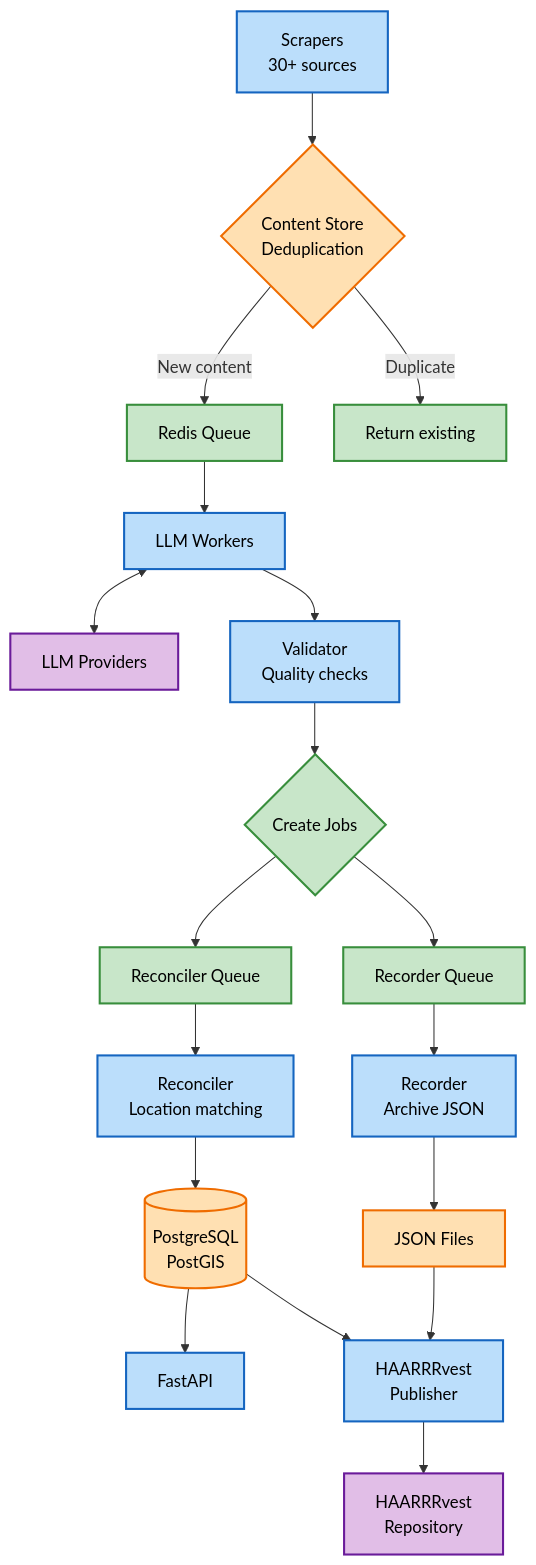
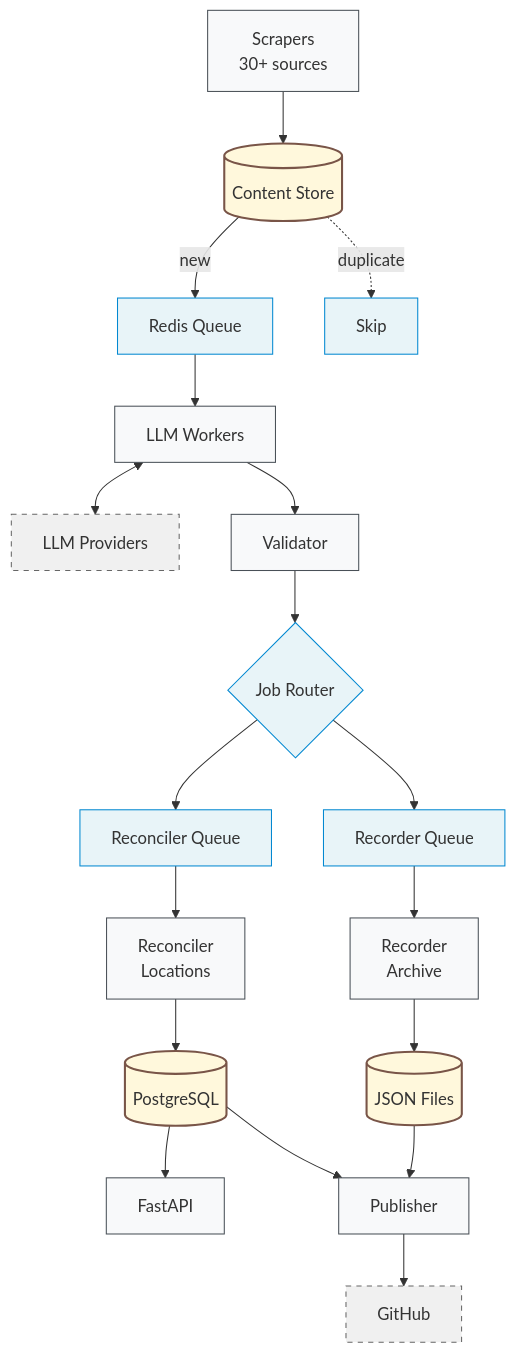
Before and after one commit to For-The-Greater-Good/pantry-pirate-radio: the diagram in README.md, drawn with Mermaid. The commit also changed other lines of this file, not shown here.

Commit message:
docs: add comprehensive validation pipeline documentation to README
- Added Data Validation Pipeline section with detailed feature descriptions
- Updated environment variable documentation with all validator configs
- Fixed incorrect default values (ENRICHMENT_CACHE_TTL, VALIDATION_REJECTION_THRESHOLD)
- Added missing enrichment and validation rule configuration variables
- Addresses PR #372 review recommendation for documentation improvements

````diff
--- a/README.md
+++ b/README.md
@@ -145,47 +145,46 @@
 ```mermaid
 flowchart TB
     %% Data Collection
     Scrapers[Scrapers<br/>30+ sources]
-    ContentStore{Content Store<br/>Deduplication}
-
+    ContentStore[(Content Store)]
+    
     Scrapers --> ContentStore
-    ContentStore -->|New content| Queue[Redis Queue]
-    ContentStore -->|Duplicate| Skip[Return existing]
-
+    ContentStore -->|new| Queue[Redis Queue]
+    ContentStore -.->|duplicate| Skip[Skip]
+    
     %% Processing
     Queue --> Workers[LLM Workers]
     Workers <--> LLM[LLM Providers]
-
-    %% Validation
-    Workers --> Validator[Validator<br/>Quality checks]
-    Validator --> Jobs{Create Jobs}
-
+    Workers --> Validator[Validator]
+    
     %% Job Distribution
+    Validator --> Jobs{Job Router}
     Jobs --> ReconcilerQ[Reconciler Queue]
     Jobs --> RecorderQ[Recorder Queue]
-
+    
     %% Services
-    ReconcilerQ --> Reconciler[Reconciler<br/>Location matching]
-    RecorderQ --> Recorder[Recorder<br/>Archive JSON]
-
+    ReconcilerQ --> Reconciler[Reconciler<br/>Locations]
+    RecorderQ --> Recorder[Recorder<br/>Archive]
+    
     %% Storage
-    Reconciler --> DB[(PostgreSQL<br/>PostGIS)]
-    Recorder --> Files[JSON Files]
-
+    Reconciler --> DB[(PostgreSQL)]
+    Recorder --> Files[(JSON Files)]
+    
     %% Output
     DB --> API[FastAPI]
-    DB --> Publisher[HAARRRvest<br/>Publisher]
+    DB --> Publisher[Publisher]
     Files --> Publisher
-    Publisher --> GitHub[HAARRRvest<br/>Repository]
-
-    %% Style
-    classDef service fill:#bbdefb,stroke:#1565c0,stroke-width:2px,color:#000
-    classDef storage fill:#ffe0b2,stroke:#ef6c00,stroke-width:2px,color:#000
-    classDef external fill:#e1bee7,stroke:#6a1b9a,stroke-width:2px,color:#000
-    classDef queue fill:#c8e6c9,stroke:#388e3c,stroke-width:2px,color:#000
-
+    Publisher --> GitHub[GitHub]
+    
+    %% Minimal styling
+    classDef service fill:#f8f9fa,stroke:#495057,stroke-width:1px
+    classDef storage fill:#fff8dc,stroke:#795548,stroke-width:2px
+    classDef external fill:#f0f0f0,stroke:#666,stroke-width:1px,stroke-dasharray: 5 5
+    classDef queue fill:#e8f4f8,stroke:#0288d1,stroke-width:1px
+    
     class Scrapers,Workers,Validator,Reconciler,Recorder,API,Publisher service
     class ContentStore,DB,Files storage
     class LLM,GitHub external
-    class Queue,ReconcilerQ,RecorderQ,Skip,Jobs queue
+    class Queue,ReconcilerQ,RecorderQ,Jobs queue
+    class Skip queue
 ```
````
